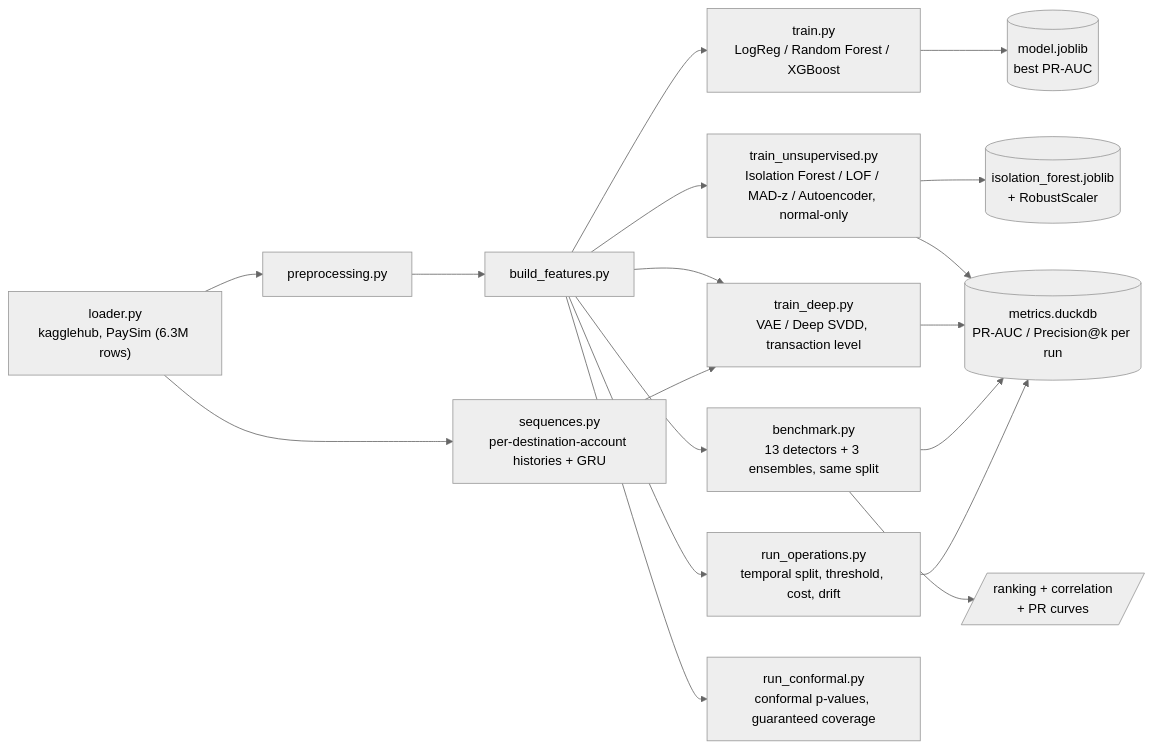
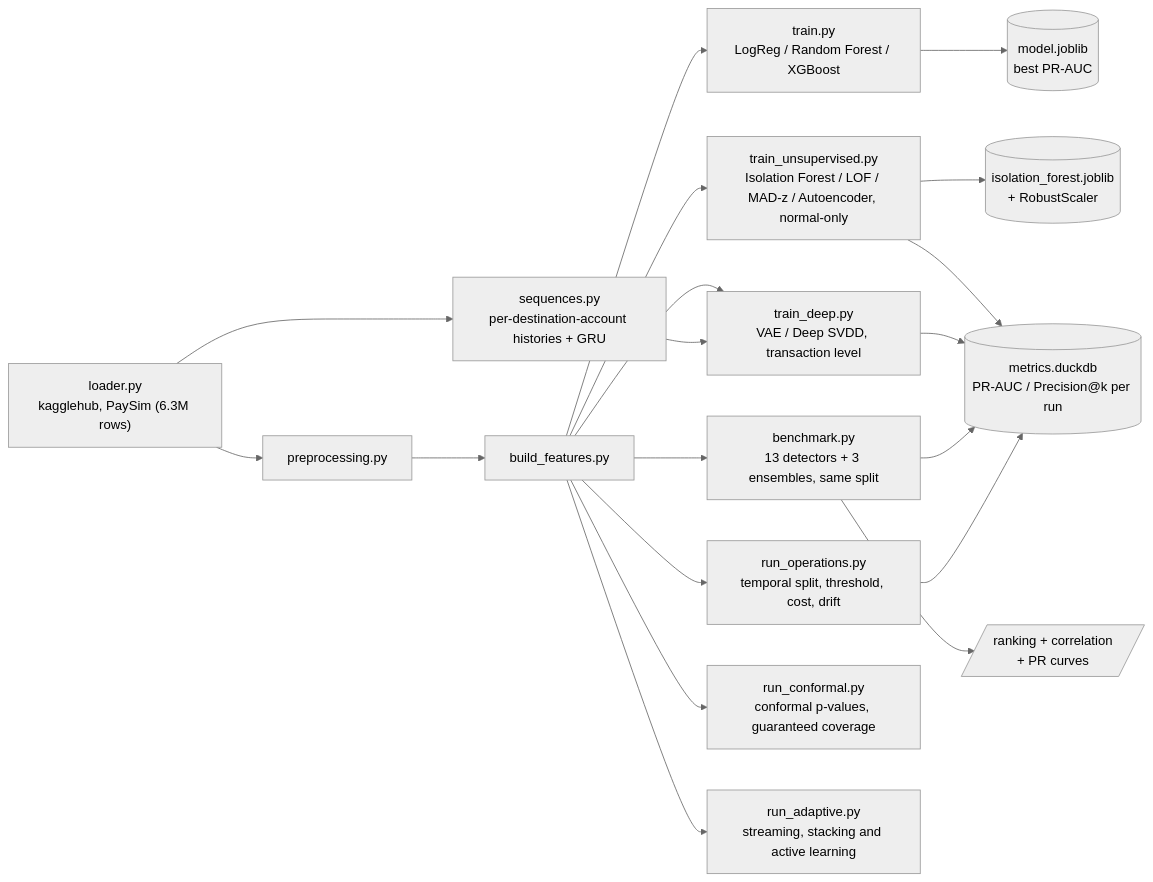
Before and after one commit to Rxyxs/Proyectos_ML_anomalias: the diagram in README.md, drawn with Mermaid (neutral theme). The commit also changed other lines of this file and 17 other files, not shown here.

````diff
--- a/README.md
+++ b/README.md
@@ -58,20 +61,21 @@
 ```mermaid
 flowchart LR
     A["loader.py<br/>kagglehub, PaySim (6.3M rows)"] --> B[preprocessing.py]
     B --> C[build_features.py]
     C --> D["train.py<br/>LogReg / Random Forest / XGBoost"]
     D --> E[(model.joblib<br/>best PR-AUC)]
     C --> F["train_unsupervised.py<br/>Isolation Forest / LOF / MAD-z / Autoencoder, normal-only"]
     F --> G[(isolation_forest.joblib<br/>+ RobustScaler)]
     F --> H[(metrics.duckdb<br/>PR-AUC / Precision@k per run)]
     C --> I["benchmark.py<br/>13 detectors + 3 ensembles, same split"]
     C --> K["train_deep.py<br/>VAE / Deep SVDD, transaction level"]
     A --> L["sequences.py<br/>per-destination-account histories + GRU"]
     L --> K
     K --> H
     I --> H
     I --> J[/"ranking + correlation<br/>+ PR curves"/]
     C --> M["run_operations.py<br/>temporal split, threshold, cost, drift"]
     M --> H
     C --> N["run_conformal.py<br/>conformal p-values, guaranteed coverage"]
+    C --> O["run_adaptive.py<br/>streaming, stacking and active learning"]
 ```
````
